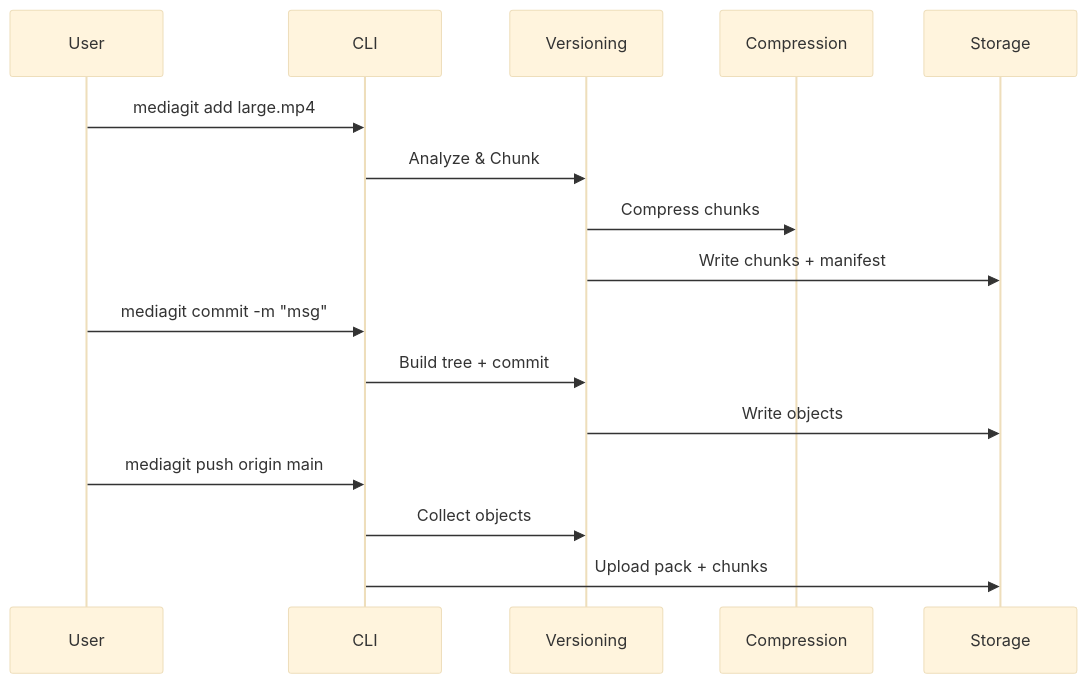
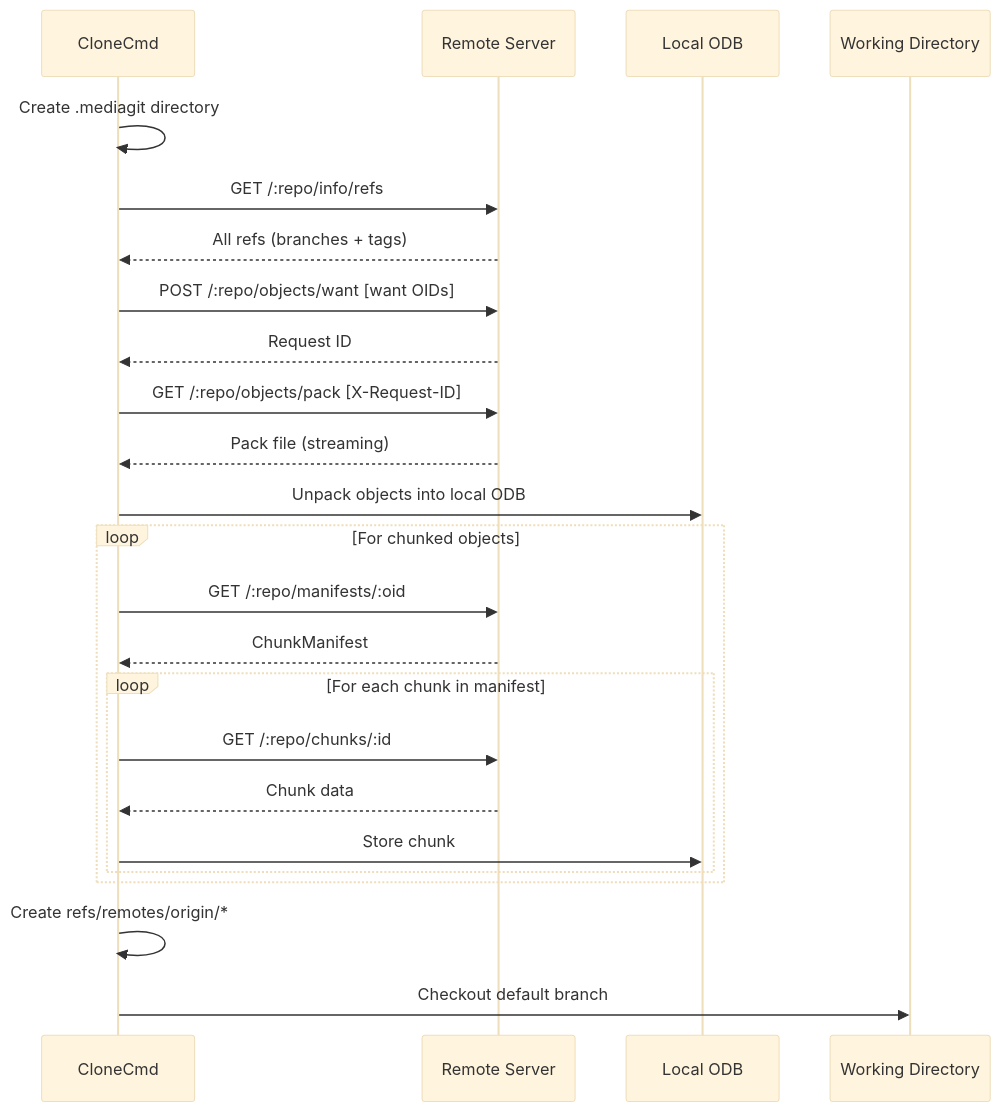
Diagram 11 of 11 in ARCHITECTURE.md (winnyboy5/mediagit-core), drawn with Mermaid (base theme) before and after one commit. The commit also changed other lines of this file and 51 other files, not shown here.

````diff
--- a/ARCHITECTURE.md
+++ b/ARCHITECTURE.md
@@ -477,21 +750,33 @@
 ```mermaid
 sequenceDiagram
-    participant User
-    participant CLI
-    participant Versioning
-    participant Compression
-    participant Storage
-    
-    User->>CLI: mediagit add large.mp4
-    CLI->>Versioning: Analyze & Chunk
-    Versioning->>Compression: Compress chunks
-    Versioning->>Storage: Write chunks + manifest
-    
-    User->>CLI: mediagit commit -m "msg"
-    CLI->>Versioning: Build tree + commit
-    Versioning->>Storage: Write objects
-    
-    User->>CLI: mediagit push origin main
-    CLI->>Versioning: Collect objects
-    CLI->>Storage: Upload pack + chunks
+    participant CLI as CloneCmd
+    participant Server as Remote Server
+    participant ODB as Local ODB
+    participant FS as Working Directory
+
+    CLI->>CLI: Create .mediagit directory
+
+    CLI->>Server: GET /:repo/info/refs
+    Server-->>CLI: All refs (branches + tags)
+
+    CLI->>Server: POST /:repo/objects/want [want OIDs]
+    Server-->>CLI: Request ID
+
+    CLI->>Server: GET /:repo/objects/pack [X-Request-ID]
+    Server-->>CLI: Pack file (streaming)
+
+    CLI->>ODB: Unpack objects into local ODB
+
+    loop For chunked objects
+        CLI->>Server: GET /:repo/manifests/:oid
+        Server-->>CLI: ChunkManifest
+        loop For each chunk in manifest
+            CLI->>Server: GET /:repo/chunks/:id
+            Server-->>CLI: Chunk data
+            CLI->>ODB: Store chunk
+        end
+    end
+
+    CLI->>CLI: Create refs/remotes/origin/*
+    CLI->>FS: Checkout default branch
 ```
````
